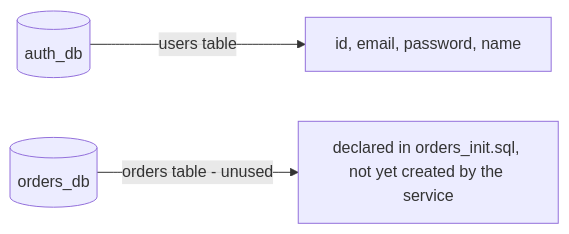
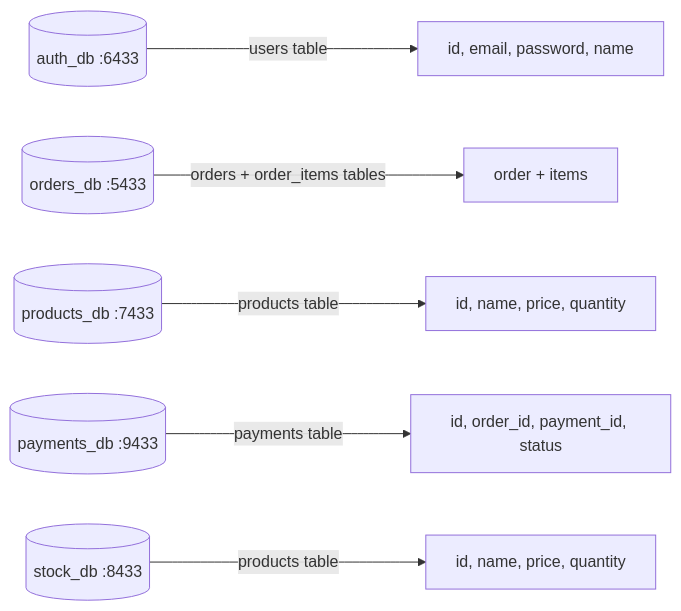
One commit to Akene-Uzezi/ecommerce-microservice changed the third of 3 diagrams in architecture.md. Above: the diagram before and after it, drawn with Mermaid. The commit also changed other lines of this file and 1 other file, not shown here.

````diff
--- a/architecture.md
+++ b/architecture.md
@@ -66,8 +89,14 @@
 ```mermaid
 graph LR
-    Auth[(auth_db)]
-    Orders[(orders_db)]
+    AuthDB[(auth_db :6433)]
+    OrdersDB[(orders_db :5433)]
+    ProductsDB[(products_db :7433)]
+    PaymentsDB[(payments_db :9433)]
+    StockDB[(stock_db :8433)]
 
-    Auth -->|users table| AuthSchema[id, email, password, name]
-    Orders -->|orders table - unused| OrdersSchema[declared in orders_init.sql, not yet created by the service]
+    AuthDB -->|users table| AuthSchema[id, email, password, name]
+    OrdersDB -->|orders + order_items tables| OrdersSchema[order + items]
+    ProductsDB -->|products table| ProductsSchema[id, name, price, quantity]
+    PaymentsDB -->|payments table| PaymentsSchema[id, order_id, payment_id, status]
+    StockDB -->|products table| StockSchema[id, name, price, quantity]
 ```
````
